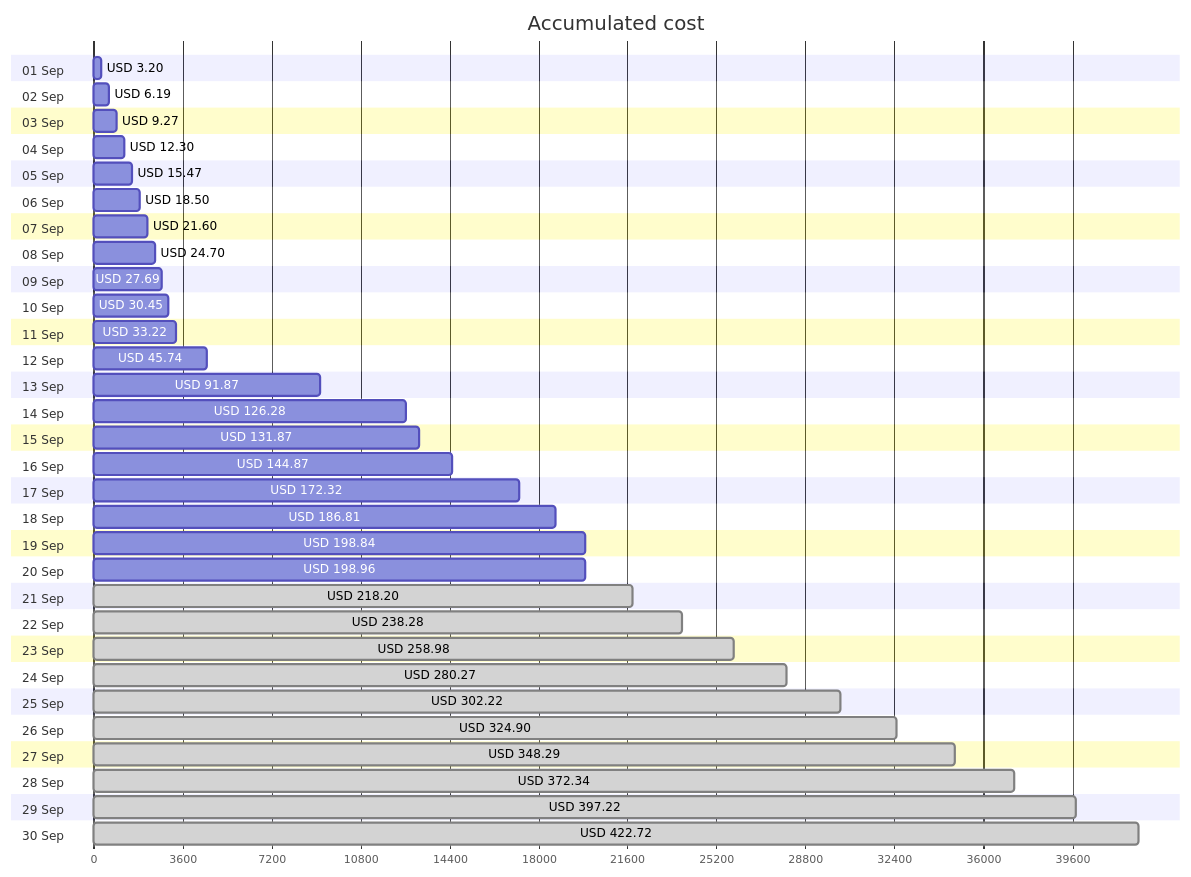
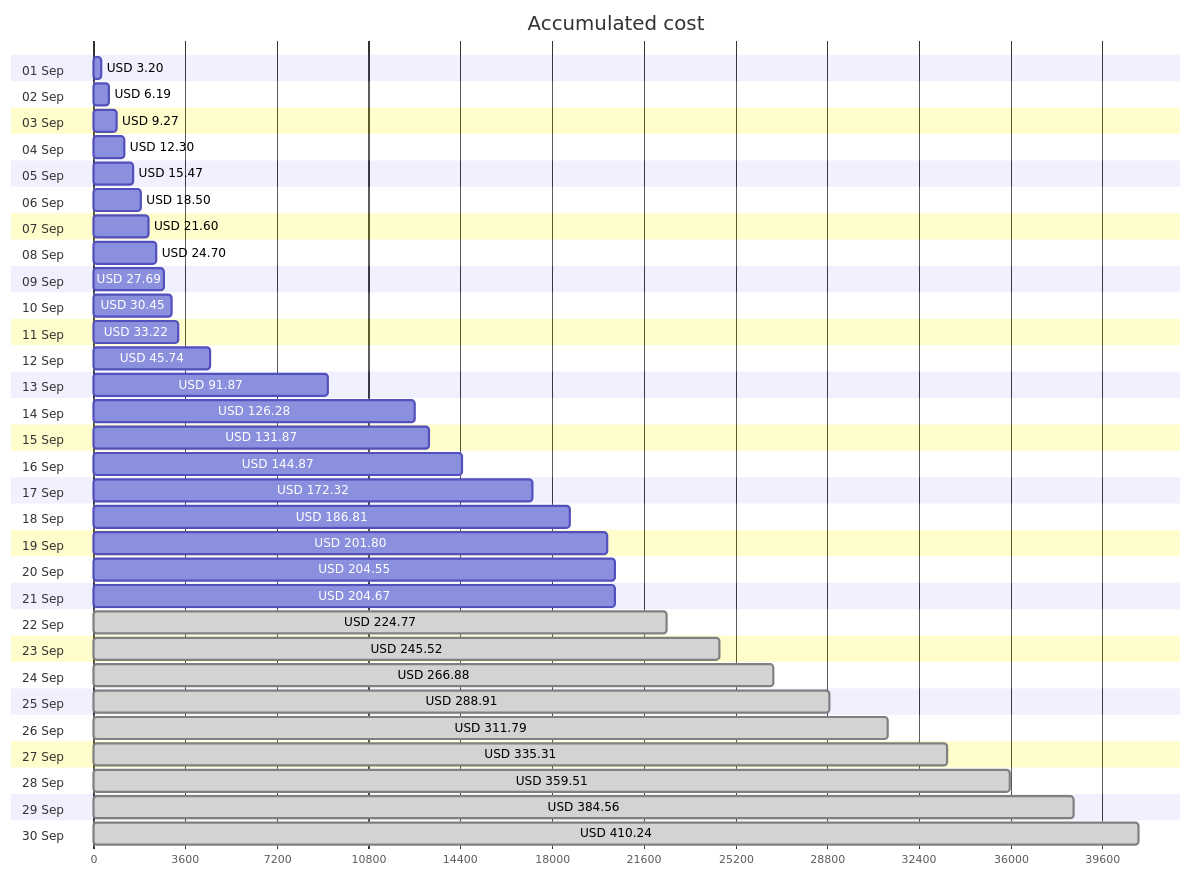
The first of 4 diagrams in cost-reports/personal-network/README.md (jpfulton/azure-personal-reports), drawn with Mermaid before and after one commit. The commit also changed other lines of this file and 9 other files, not shown here.

````diff
--- a/cost-reports/personal-network/README.md
+++ b/cost-reports/personal-network/README.md
@@ -20,66 +20,66 @@
 ```mermaid
 gantt
    title Accumulated cost
    dateFormat  X
    axisFormat %s
    section 01 Sep
    USD 3.20 :0, 320
    section 02 Sep
    USD 6.19 :0, 619
    section 03 Sep
    USD 9.27 :0, 927
    section 04 Sep
    USD 12.30 :0, 1230
    section 05 Sep
    USD 15.47 :0, 1547
    section 06 Sep
    USD 18.50 :0, 1850
    section 07 Sep
    USD 21.60 :0, 2160
    section 08 Sep
    USD 24.70 :0, 2470
    section 09 Sep
    USD 27.69 :0, 2769
    section 10 Sep
    USD 30.45 :0, 3045
    section 11 Sep
    USD 33.22 :0, 3322
    section 12 Sep
    USD 45.74 :0, 4574
    section 13 Sep
    USD 91.87 :0, 9187
    section 14 Sep
    USD 126.28 :0, 12628
    section 15 Sep
    USD 131.87 :0, 13187
    section 16 Sep
    USD 144.87 :0, 14487
    section 17 Sep
    USD 172.32 :0, 17232
    section 18 Sep
    USD 186.81 :0, 18681
    section 19 Sep
-   USD 198.84 :0, 19884
+   USD 201.80 :0, 20180
    section 20 Sep
-   USD 198.96 :0, 19896
+   USD 204.55 :0, 20455
    section 21 Sep
-   USD 218.20 : done, 0, 21820
+   USD 204.67 :0, 20467
    section 22 Sep
-   USD 238.28 : done, 0, 23828
+   USD 224.77 : done, 0, 22477
    section 23 Sep
-   USD 258.98 : done, 0, 25898
+   USD 245.52 : done, 0, 24552
    section 24 Sep
-   USD 280.27 : done, 0, 28027
+   USD 266.88 : done, 0, 26688
    section 25 Sep
-   USD 302.22 : done, 0, 30222
+   USD 288.91 : done, 0, 28891
    section 26 Sep
-   USD 324.90 : done, 0, 32490
+   USD 311.79 : done, 0, 31179
    section 27 Sep
-   USD 348.29 : done, 0, 34829
+   USD 335.31 : done, 0, 33531
    section 28 Sep
-   USD 372.34 : done, 0, 37234
+   USD 359.51 : done, 0, 35951
    section 29 Sep
-   USD 397.22 : done, 0, 39722
+   USD 384.56 : done, 0, 38456
    section 30 Sep
-   USD 422.72 : done, 0, 42272
+   USD 410.24 : done, 0, 41024
 ```
````
